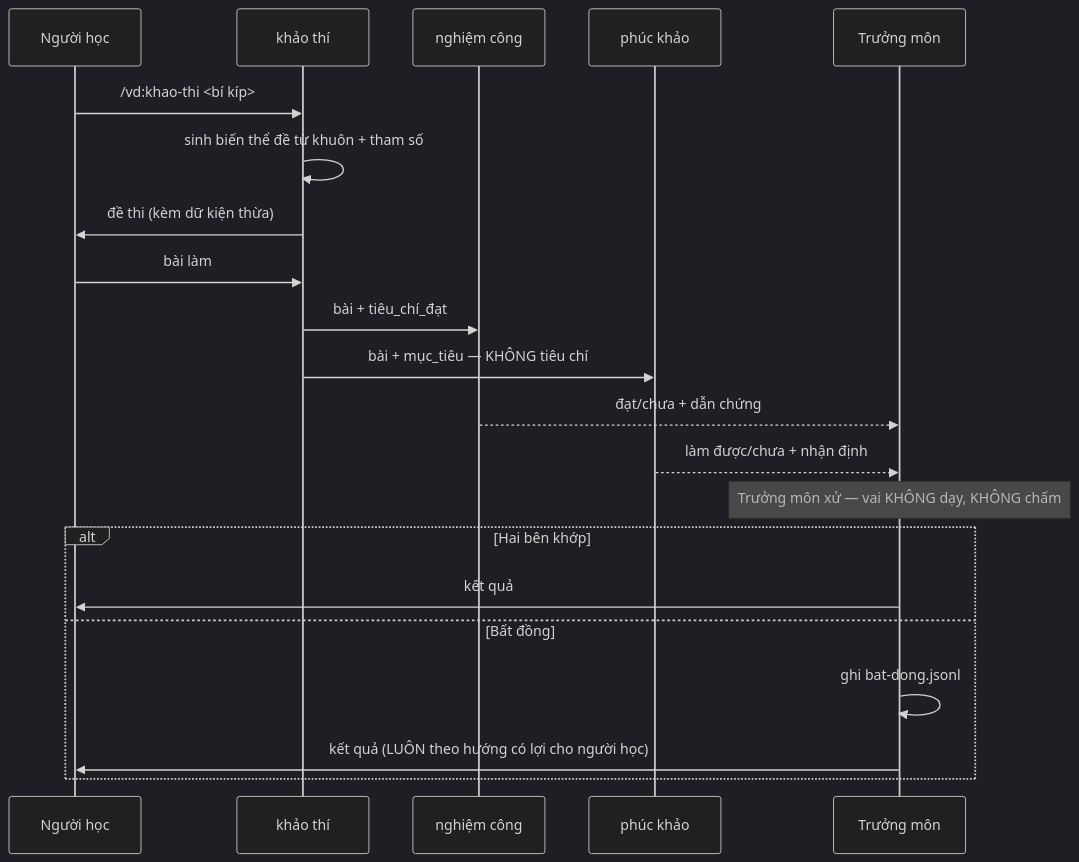
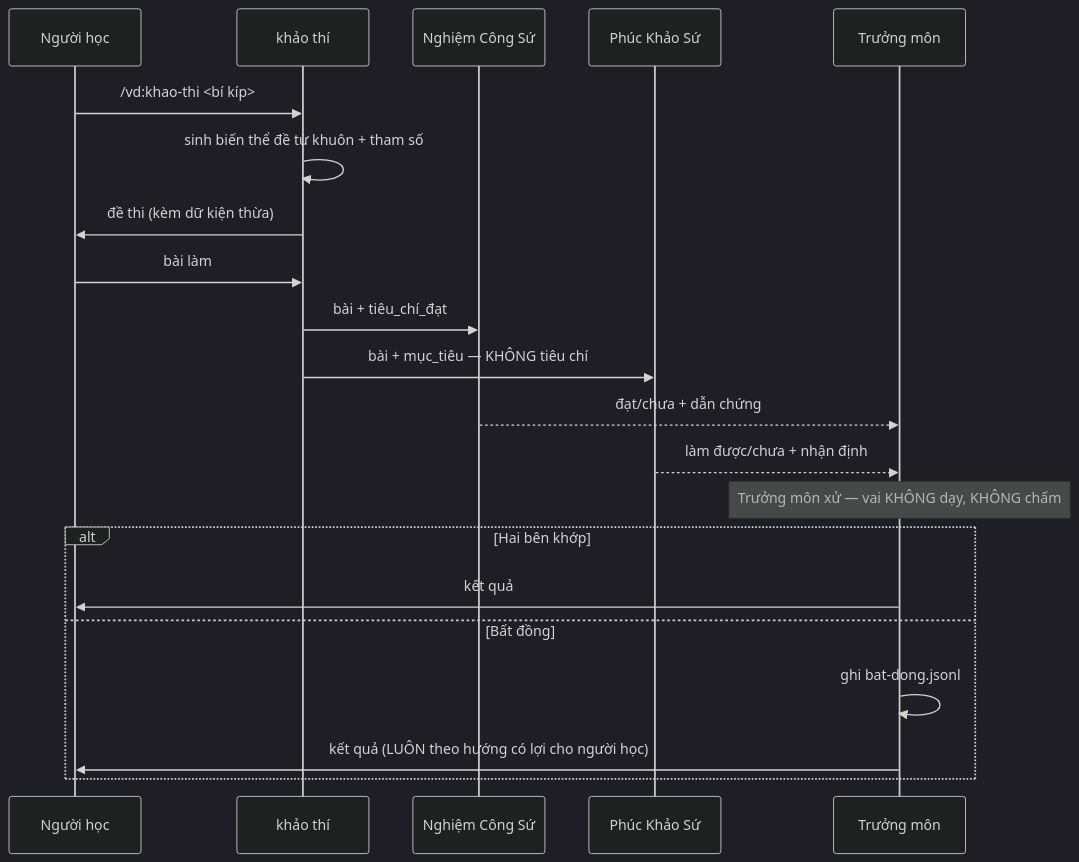
One commit to hanh9898/van-dao-workspace changed diagram 11 of 13 in docs/VAN-DAO-dac-ta-v1.0.md. Above: the diagram before and after it, drawn with Mermaid (dark theme). The commit also changed other lines of this file and 1 other file, not shown here.

````diff
--- a/docs/VAN-DAO-dac-ta-v1.0.md
+++ b/docs/VAN-DAO-dac-ta-v1.0.md
@@ -1311,24 +1322,24 @@
 ```mermaid
 sequenceDiagram
     participant NH as Người học
     participant KT as khảo thí
-    participant NC as nghiệm công
-    participant PK as phúc khảo
+    participant NC as Nghiệm Công Sứ
+    participant PK as Phúc Khảo Sứ
     participant TM as Trưởng môn
 
     NH->>KT: /vd:khao-thi <bí kíp>
     KT->>KT: sinh biến thể đề từ khuôn + tham số
     KT->>NH: đề thi (kèm dữ kiện thừa)
     NH->>KT: bài làm
     KT->>NC: bài + tiêu_chí_đạt
     KT->>PK: bài + mục_tiêu — KHÔNG tiêu chí
     NC-->>TM: đạt/chưa + dẫn chứng
     PK-->>TM: làm được/chưa + nhận định
     Note over TM: Trưởng môn xử — vai KHÔNG dạy, KHÔNG chấm
     alt Hai bên khớp
         TM->>NH: kết quả
     else Bất đồng
         TM->>TM: ghi bat-dong.jsonl
         TM->>NH: kết quả (LUÔN theo hướng có lợi cho người học)
     end
 ```
````
